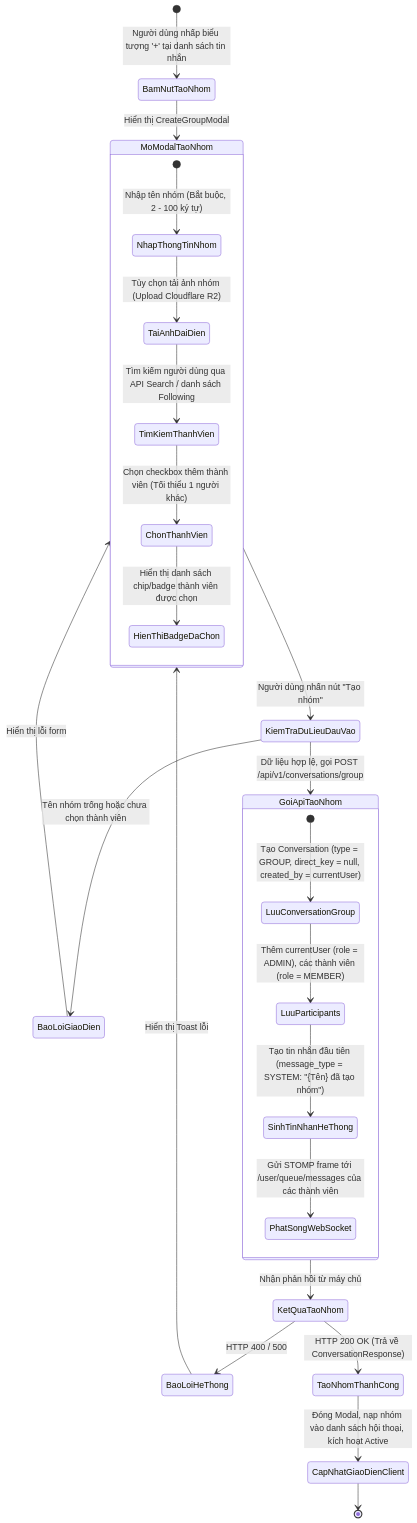
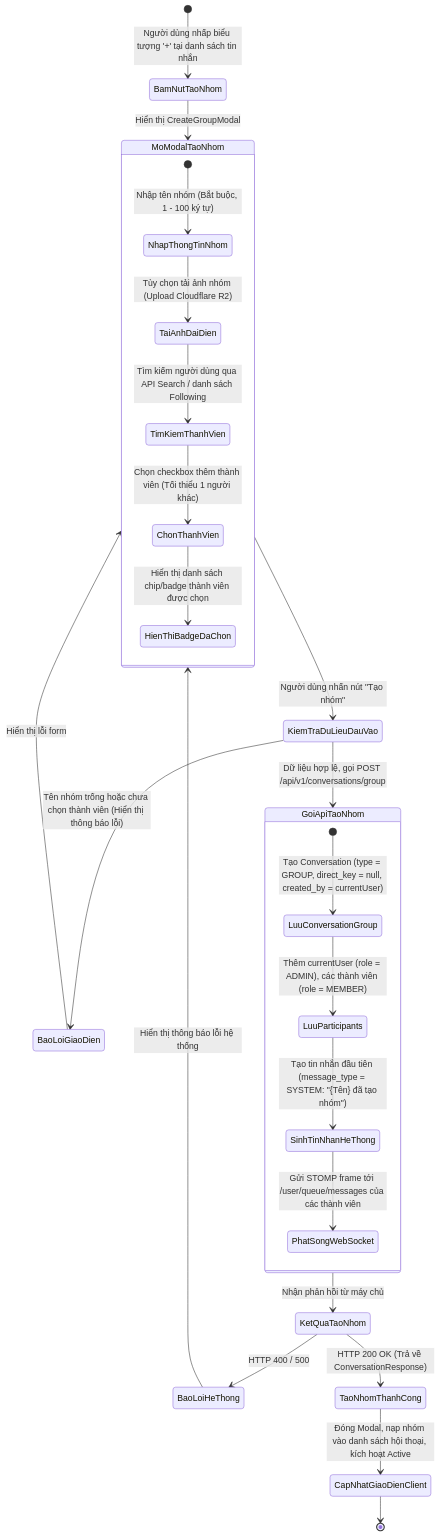
Before and after one commit to Alumnect/Alumnect: the first of 3 diagrams in docs/update_SRS/SRS_UC_36_CreateGroupChat.md, drawn with Mermaid. The commit also changed other lines of this file and 83 other files, not shown here.

````diff
--- a/docs/update_SRS/SRS_UC_36_CreateGroupChat.md
+++ b/docs/update_SRS/SRS_UC_36_CreateGroupChat.md
@@ -7,38 +10,38 @@
 ```mermaid
 stateDiagram-v2
     [*] --> BamNutTaoNhom: Người dùng nhấp biểu tượng '+' tại danh sách tin nhắn
     BamNutTaoNhom --> MoModalTaoNhom: Hiển thị CreateGroupModal
     
     state MoModalTaoNhom {
-        [*] --> NhapThongTinNhom: Nhập tên nhóm (Bắt buộc, 2 - 100 ký tự)
+        [*] --> NhapThongTinNhom: Nhập tên nhóm (Bắt buộc, 1 - 100 ký tự)
         NhapThongTinNhom --> TaiAnhDaiDien: Tùy chọn tải ảnh nhóm (Upload Cloudflare R2)
         TaiAnhDaiDien --> TimKiemThanhVien: Tìm kiếm người dùng qua API Search / danh sách Following
         TimKiemThanhVien --> ChonThanhVien: Chọn checkbox thêm thành viên (Tối thiểu 1 người khác)
         ChonThanhVien --> HienThiBadgeDaChon: Hiển thị danh sách chip/badge thành viên được chọn
     }
     
     MoModalTaoNhom --> KiemTraDuLieuDauVao: Người dùng nhấn nút "Tạo nhóm"
     
     state KiemTraDuLieuDauVao <<choice>>
-    KiemTraDuLieuDauVao --> BaoLoiGiaoDien: Tên nhóm trống hoặc chưa chọn thành viên
+    KiemTraDuLieuDauVao --> BaoLoiGiaoDien: Tên nhóm trống hoặc chưa chọn thành viên (Hiển thị thông báo lỗi)
     BaoLoiGiaoDien --> MoModalTaoNhom: Hiển thị lỗi form
     
     KiemTraDuLieuDauVao --> GoiApiTaoNhom: Dữ liệu hợp lệ, gọi POST /api/v1/conversations/group
     
     state GoiApiTaoNhom {
         [*] --> LuuConversationGroup: Tạo Conversation (type = GROUP, direct_key = null, created_by = currentUser)
         LuuConversationGroup --> LuuParticipants: Thêm currentUser (role = ADMIN), các thành viên (role = MEMBER)
         LuuParticipants --> SinhTinNhanHeThong: Tạo tin nhắn đầu tiên (message_type = SYSTEM: "{Tên} đã tạo nhóm")
         SinhTinNhanHeThong --> PhatSongWebSocket: Gửi STOMP frame tới /user/queue/messages của các thành viên
     }
     
     GoiApiTaoNhom --> KetQuaTaoNhom: Nhận phản hồi từ máy chủ
     
     state KetQuaTaoNhom <<choice>>
     KetQuaTaoNhom --> BaoLoiHeThong: HTTP 400 / 500
-    BaoLoiHeThong --> MoModalTaoNhom: Hiển thị Toast lỗi
+    BaoLoiHeThong --> MoModalTaoNhom: Hiển thị thông báo lỗi hệ thống
     
     KetQuaTaoNhom --> TaoNhomThanhCong: HTTP 200 OK (Trả về ConversationResponse)
     TaoNhomThanhCong --> CapNhatGiaoDienClient: Đóng Modal, nạp nhóm vào danh sách hội thoại, kích hoạt Active
     CapNhatGiaoDienClient --> [*]
 ```
````
